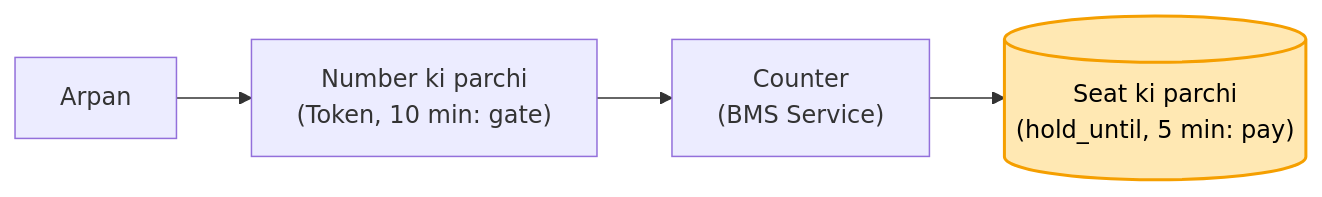
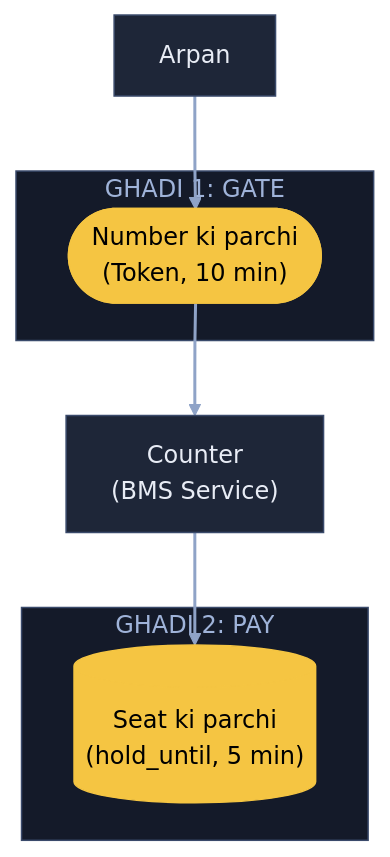
The fifth of 6 diagrams in 04_HLD/SYSTEM_DESIGNS/09_bookmyshow/09_bookmyshow.md (ArpanMaheshwari144/Prep), drawn with Mermaid before and after one commit. The commit also changed other lines of this file, not shown here.

Commit message:
BMS: 6 diagram YouTube (reel) wale card andaaz me

````diff
--- a/04_HLD/SYSTEM_DESIGNS/09_bookmyshow/09_bookmyshow.md
+++ b/04_HLD/SYSTEM_DESIGNS/09_bookmyshow/09_bookmyshow.md
@@ -122,7 +168,21 @@
 ```mermaid
-flowchart LR
-    A["Arpan"] --> W["Number ki parchi<br/>(Token, 10 min: gate)"]
-    W --> S["Counter<br/>(BMS Service)"]
-    S --> D[("Seat ki parchi<br/>(hold_until, 5 min: pay)")]
-    style D fill:#ffe8b3,stroke:#f59f00,stroke-width:2px,color:#000
+flowchart TB
+    A["Arpan"]:::card
+    subgraph G1["GHADI 1: GATE"]
+        W(["Number ki parchi<br/>(Token, 10 min)"]):::pill
+    end
+    S["Counter<br/>(BMS Service)"]:::card
+    subgraph G2["GHADI 2: PAY"]
+        D[("Seat ki parchi<br/>(hold_until, 5 min)")]:::pill
+    end
+    A --> W
+    W --> S
+    S --> D
+    linkStyle default stroke:#8fa3c7,stroke-width:2px
+    classDef card fill:#1e2638,stroke:#3a4a6b,color:#e8ecf5
+    classDef pill fill:#f5c542,stroke:#f5c542,color:#000
+    classDef good fill:#2e7d4f,stroke:#3fbf6f,color:#fff
+    classDef bad fill:#5c1f24,stroke:#e05561,color:#fff
+    style G1 fill:#141a29,stroke:#3a4a6b,color:#9fb3d9
+    style G2 fill:#141a29,stroke:#3a4a6b,color:#9fb3d9
 ```
````
